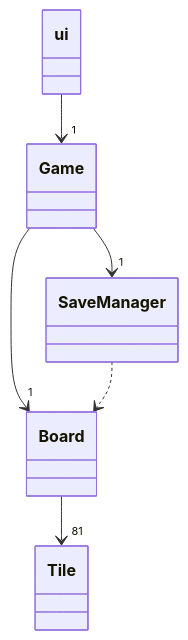
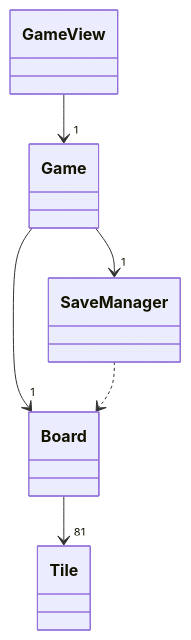
Before and after one commit to Jhy9/ot-harjoitustyo: the first of 7 diagrams in dokumentaatio/arkkitehtuuri.md, drawn with Mermaid. The commit also changed other lines of this file, not shown here.

````diff
--- a/dokumentaatio/arkkitehtuuri.md
+++ b/dokumentaatio/arkkitehtuuri.md
@@ -5,10 +5,10 @@
 ```mermaid
 classDiagram
 
-ui -->"1" Game
+GameView -->"1" Game
 Game -->"1" Board
 Board -->"81" Tile
 Game -->"1" SaveManager
 SaveManager ..> Board
 
 ```
````
